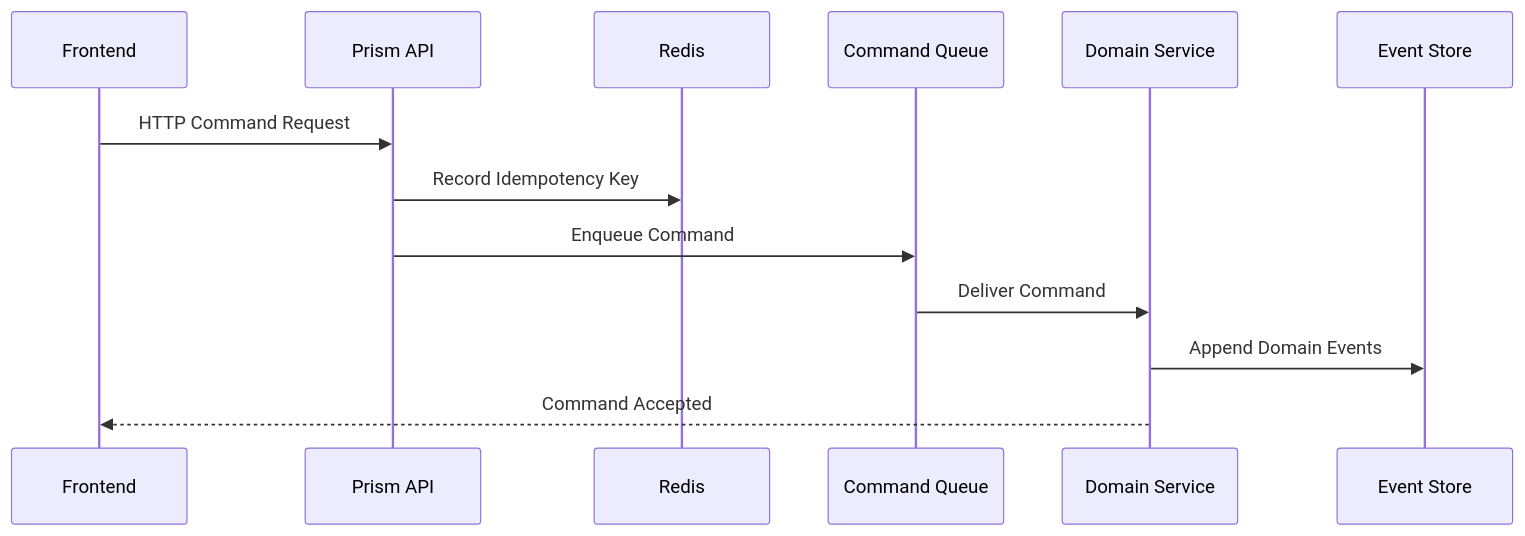
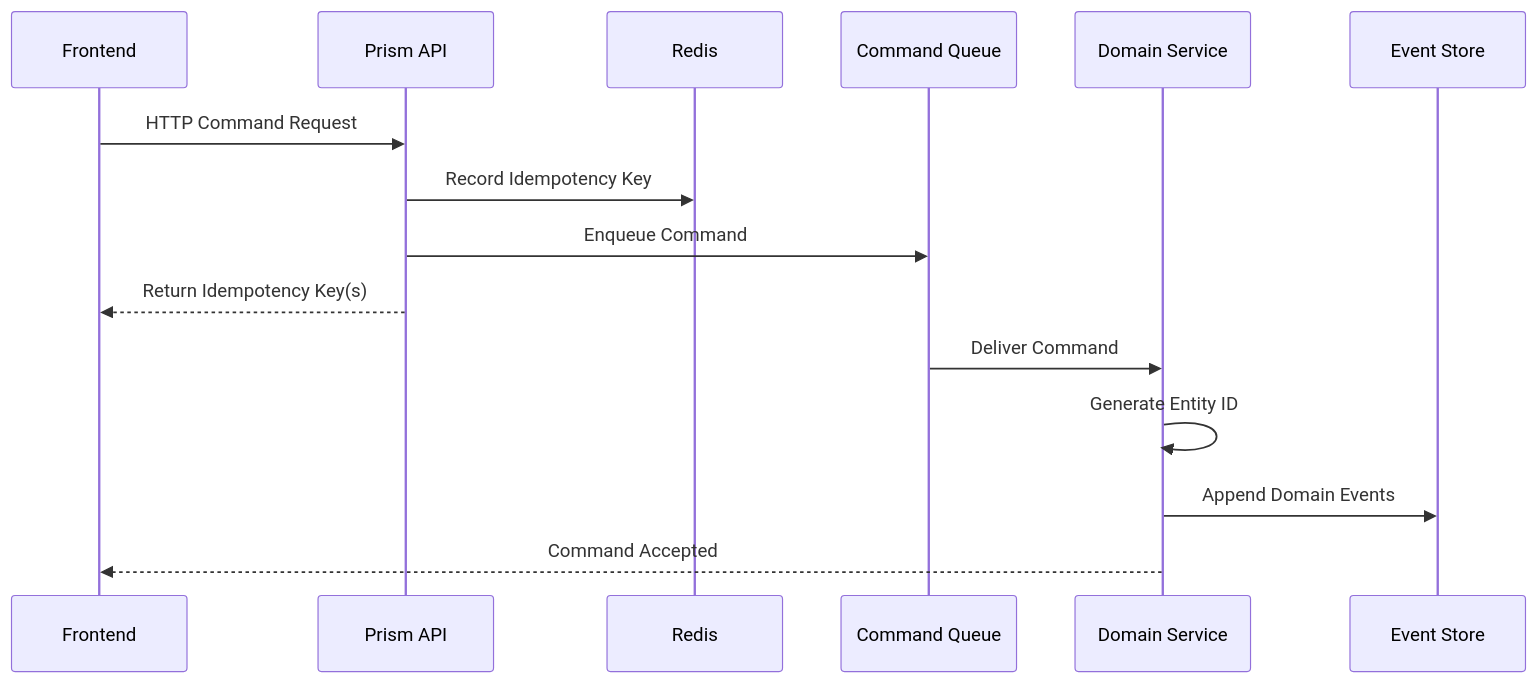
The first of 2 diagrams in docs/event_flow.md (MisterVVP/prism-plan), drawn with Mermaid before and after one commit. The commit also changed 23 other files, not shown here.

Commit message:
refactor: generate entity IDs in domain service

````diff
--- a/docs/event_flow.md
+++ b/docs/event_flow.md
@@ -7,16 +7,18 @@
 ```mermaid
 sequenceDiagram
     participant UI as Frontend
     participant API as Prism API
     participant RS as Redis
     participant CQ as Command Queue
     participant DS as Domain Service
     participant ES as Event Store
 
     UI->>API: HTTP Command Request
     API->>RS: Record Idempotency Key
     API->>CQ: Enqueue Command
+    API-->>UI: Return Idempotency Key(s)
     CQ->>DS: Deliver Command
+    DS->>DS: Generate Entity ID
     DS->>ES: Append Domain Events
     DS-->>UI: Command Accepted
 ```
````
